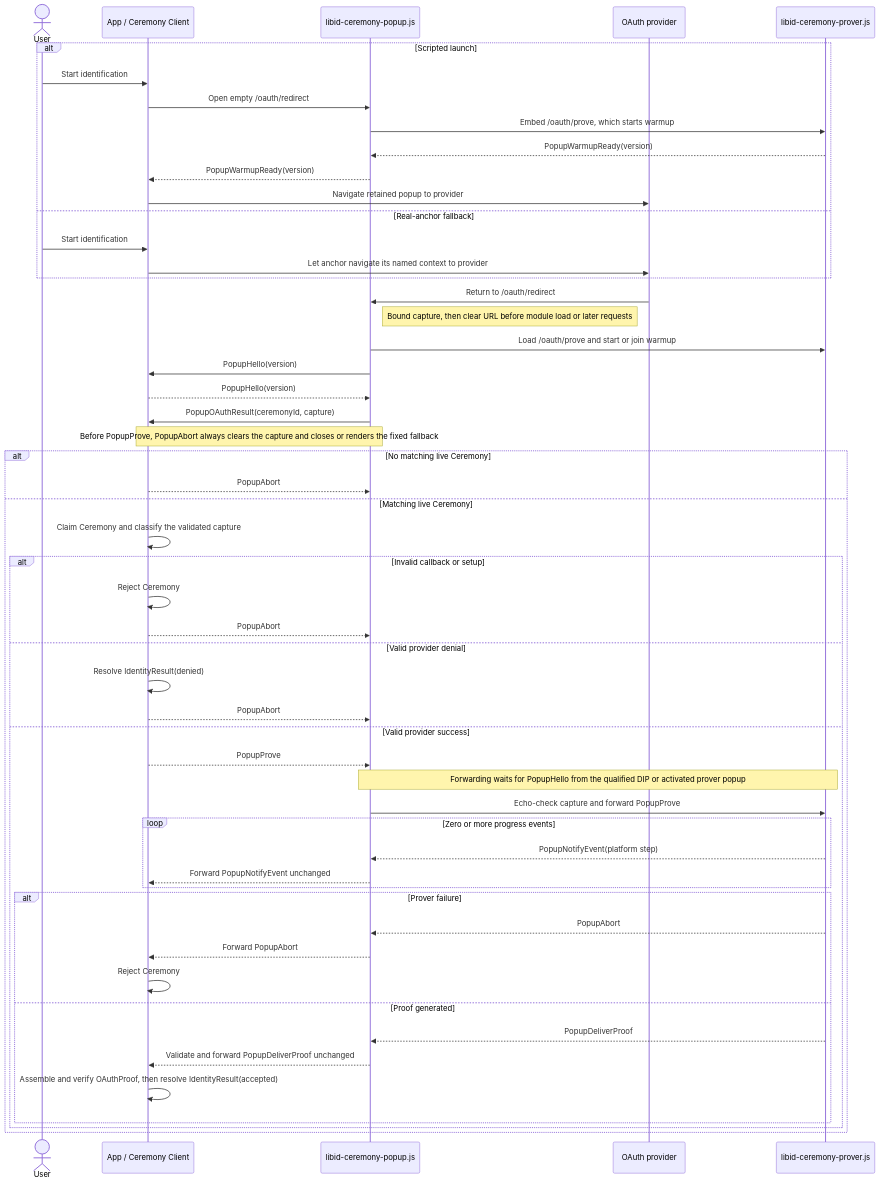
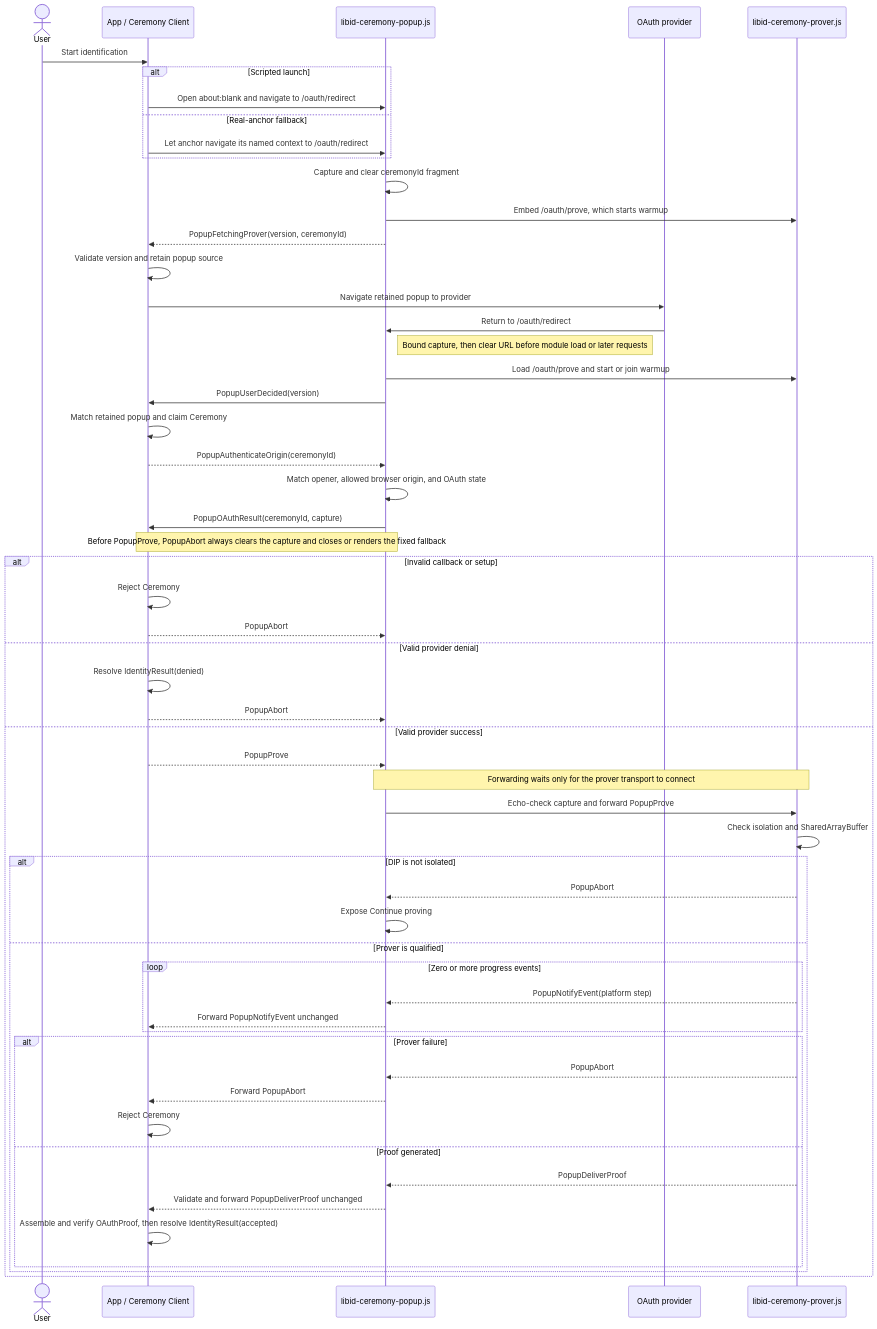
The diagram in ts/packages/ceremony/ARCHITECTURE.md (libid-org/libid), drawn with Mermaid before and after one commit. The commit also changed other lines of this file and 1 other file, not shown here.

Commit message:
docs(ceremony): unify popup prewarm and callback binding

````diff
--- a/ts/packages/ceremony/ARCHITECTURE.md
+++ b/ts/packages/ceremony/ARCHITECTURE.md
@@ -620,57 +643,59 @@
 ```mermaid
 sequenceDiagram
     actor U as User
     participant A as App / Ceremony Client
     participant C as libid-ceremony-popup.js
     participant O as OAuth provider
     participant P as libid-ceremony-prover.js
 
+    U->>A: Start identification
     alt Scripted launch
-        U->>A: Start identification
-        A->>C: Open empty /oauth/redirect
-        C->>P: Embed /oauth/prove, which starts warmup
-        P-->>C: PopupWarmupReady(version)
-        C-->>A: PopupWarmupReady(version)
-        A->>O: Navigate retained popup to provider
+        A->>C: Open about:blank and navigate to /oauth/redirect#ceremonyId
     else Real-anchor fallback
-        U->>A: Start identification
-        A->>O: Let anchor navigate its named context to provider
+        A->>C: Let anchor navigate its named context to /oauth/redirect#ceremonyId
     end
+    C->>C: Capture and clear ceremonyId fragment
+    C->>P: Embed /oauth/prove, which starts warmup
+    C-->>A: PopupFetchingProver(version, ceremonyId)
+    A->>A: Validate version and retain popup source
+    A->>O: Navigate retained popup to provider
     O->>C: Return to /oauth/redirect
     Note right of C: Bound capture, then clear URL before module load or later requests
     C->>P: Load /oauth/prove and start or join warmup
-    C->>A: PopupHello(version)
-    A-->>C: PopupHello(version)
+    C->>A: PopupUserDecided(version)
+    A->>A: Match retained popup and claim Ceremony
+    A-->>C: PopupAuthenticateOrigin(ceremonyId)
+    C->>C: Match opener, allowed browser origin, and OAuth state
     C->>A: PopupOAuthResult(ceremonyId, capture)
     Note over A,C: Before PopupProve, PopupAbort always clears the capture and closes or renders the fixed fallback
-    alt No matching live Ceremony
+    alt Invalid callback or setup
+        A->>A: Reject Ceremony
         A-->>C: PopupAbort
-    else Matching live Ceremony
-        A->>A: Claim Ceremony and classify the validated capture
-
-        alt Invalid callback or setup
-            A->>A: Reject Ceremony
-            A-->>C: PopupAbort
-        else Valid provider denial
-            A->>A: Resolve IdentityResult(denied)
-            A-->>C: PopupAbort
-        else Valid provider success
-            A-->>C: PopupProve
-            Note over C,P: Forwarding waits for PopupHello from the qualified DIP or activated prover popup
-            C->>P: Echo-check capture and forward PopupProve
+    else Valid provider denial
+        A->>A: Resolve IdentityResult(denied)
+        A-->>C: PopupAbort
+    else Valid provider success
+        A-->>C: PopupProve
+        Note over C,P: Forwarding waits only for the prover transport to connect
+        C->>P: Echo-check capture and forward PopupProve
+        P->>P: Check isolation and SharedArrayBuffer
+        alt DIP is not isolated
+            P-->>C: PopupAbort
+            C->>C: Expose Continue proving
+        else Prover is qualified
             loop Zero or more progress events
                 P-->>C: PopupNotifyEvent(platform step)
                 C-->>A: Forward PopupNotifyEvent unchanged
             end
             alt Prover failure
                 P-->>C: PopupAbort
                 C-->>A: Forward PopupAbort
                 A->>A: Reject Ceremony
             else Proof generated
                 P-->>C: PopupDeliverProof
                 C-->>A: Validate and forward PopupDeliverProof unchanged
                 A->>A: Assemble and verify OAuthProof, then resolve IdentityResult(accepted)
             end
         end
     end
 ```
````
